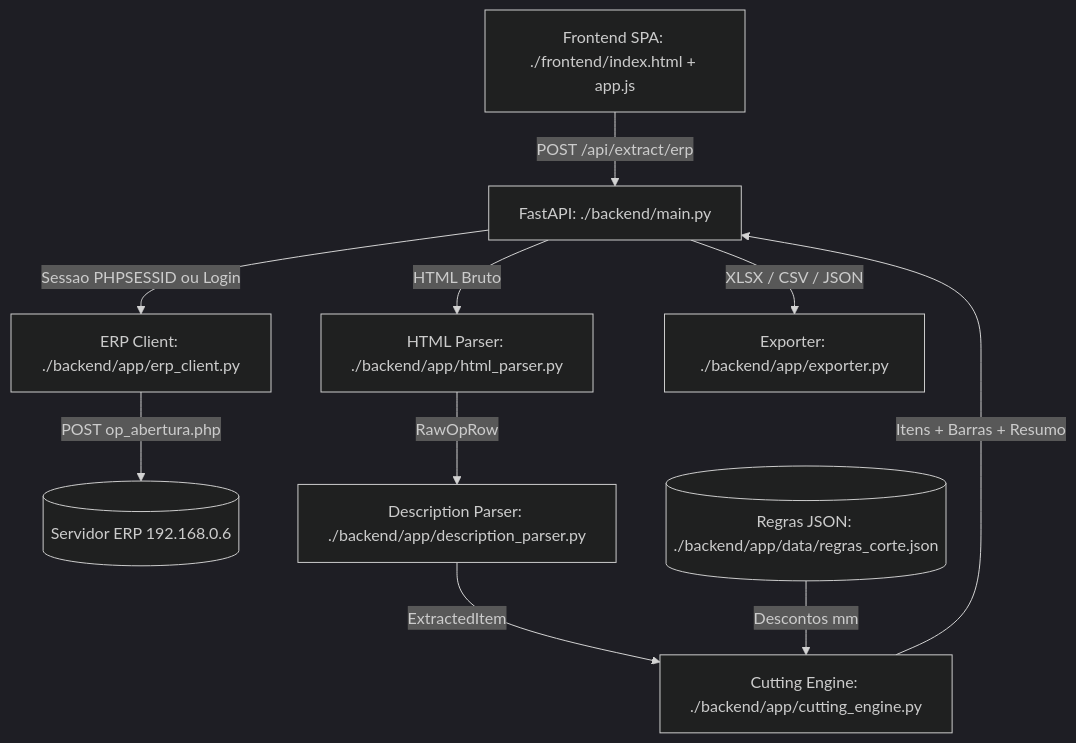
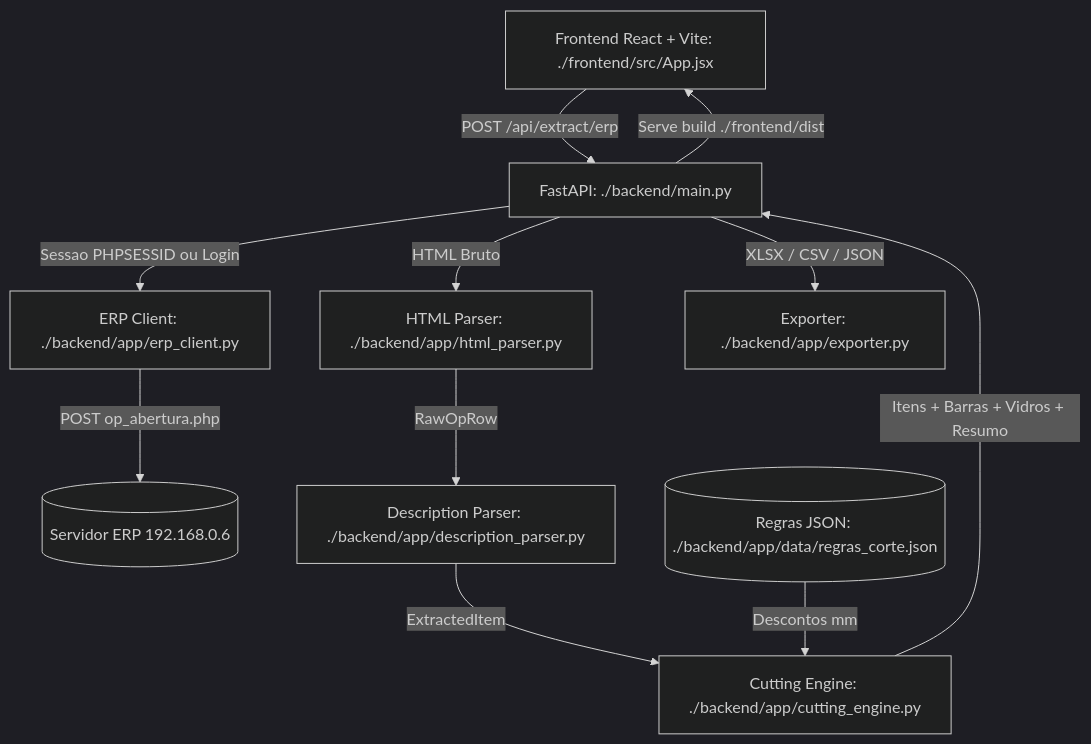
One commit to Felipecruz9851/corte-portas changed the diagram in docs/vault/00-Visao-Geral/Index_Corte_local_portas.md. Above: the diagram before and after it, drawn with Mermaid (dark theme). The commit also changed other lines of this file and 39 other files, not shown here.

Commit message:
feat(frontend): migra interface para Vite + React + Tailwind sob identidade Lider Design e atualiza favicon

````diff
--- a/docs/vault/00-Visao-Geral/Index_Corte_local_portas.md
+++ b/docs/vault/00-Visao-Geral/Index_Corte_local_portas.md
@@ -14,12 +15,13 @@
 ```mermaid
 graph TD
-    UI[Frontend SPA: ./frontend/index.html + app.js] -->|POST /api/extract/erp| API[FastAPI: ./backend/main.py]
+    UI[Frontend React + Vite: ./frontend/src/App.jsx] -->|POST /api/extract/erp| API[FastAPI: ./backend/main.py]
+    API -->|Serve build ./frontend/dist| UI
     API -->|Sessao PHPSESSID ou Login| ERP[ERP Client: ./backend/app/erp_client.py]
     ERP -->|POST op_abertura.php| SRV[(Servidor ERP 192.168.0.6)]
     API -->|HTML Bruto| HTMLP[HTML Parser: ./backend/app/html_parser.py]
     HTMLP -->|RawOpRow| DESCP[Description Parser: ./backend/app/description_parser.py]
     DESCP -->|ExtractedItem| CUT[Cutting Engine: ./backend/app/cutting_engine.py]
     RULES[(Regras JSON: ./backend/app/data/regras_corte.json)] -->|Descontos mm| CUT
-    CUT -->|Itens + Barras + Resumo| API
+    CUT -->|Itens + Barras + Vidros + Resumo| API
     API -->|XLSX / CSV / JSON| EXP[Exporter: ./backend/app/exporter.py]
 ```
````
